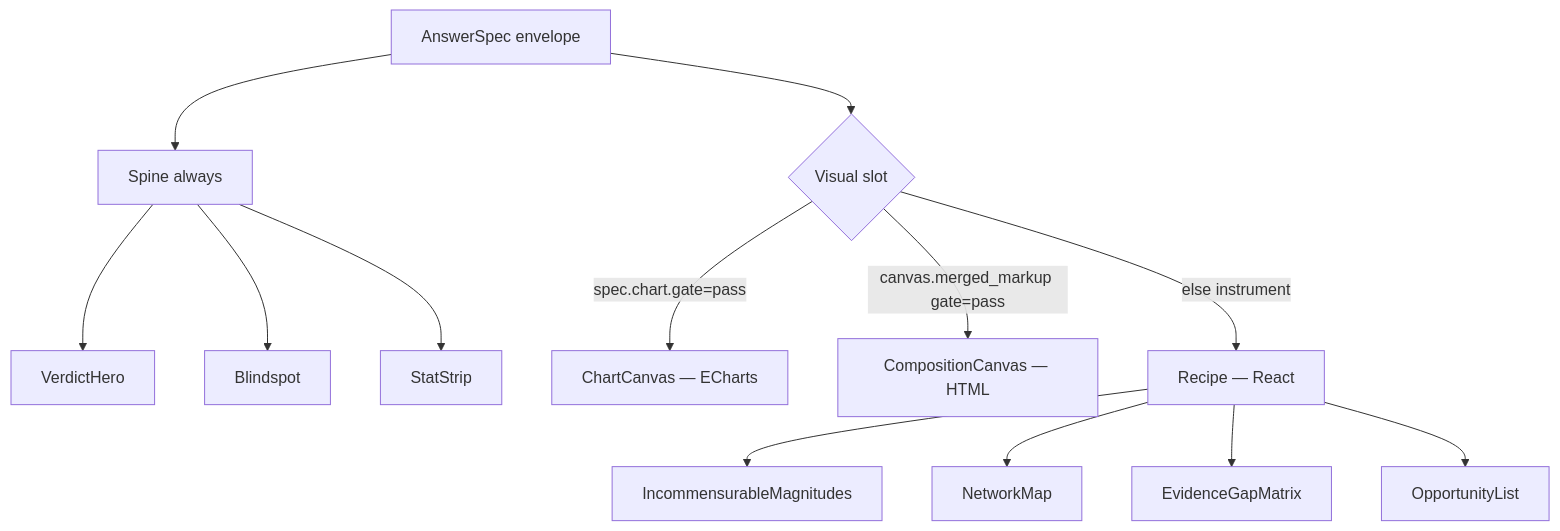
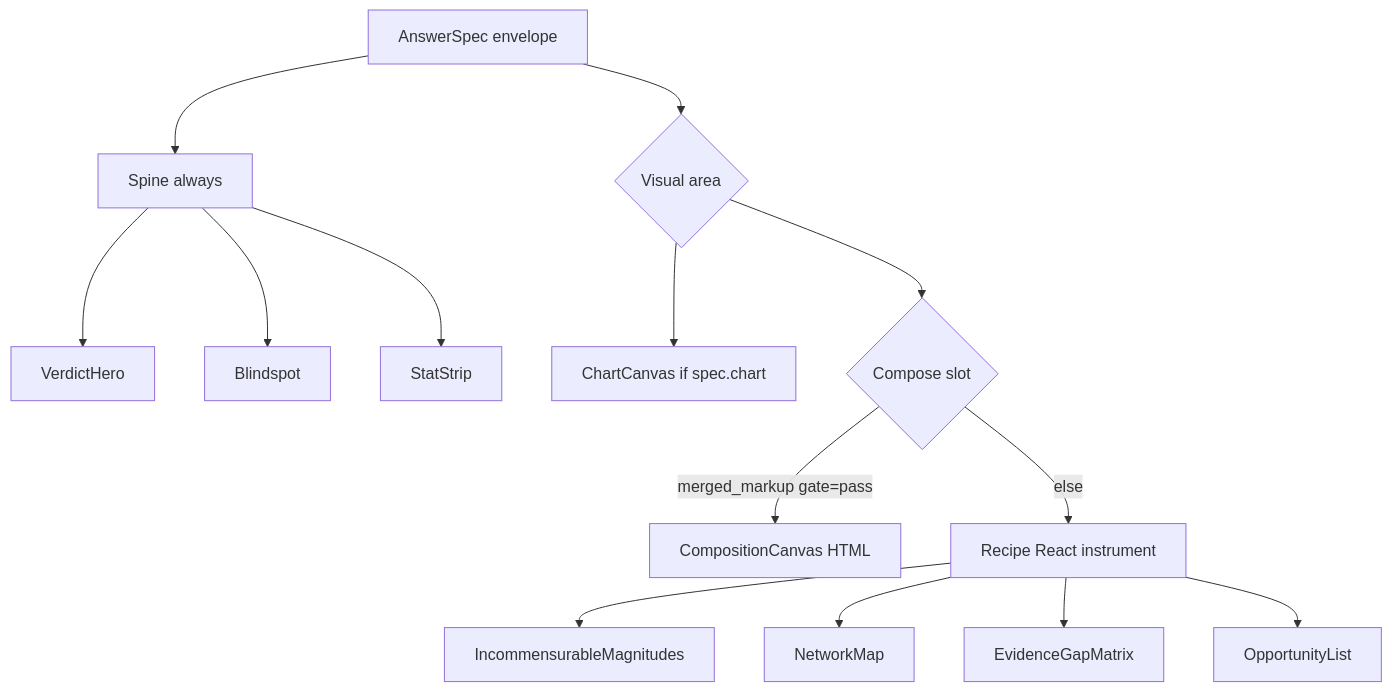
One commit to DayoOdunlami/Atlas-v0.5 changed the fourth of 5 diagrams in docs/ATLAS_V5_BLUEPRINT.md. Above: the diagram before and after it, drawn with Mermaid. The commit also changed other lines of this file and 9 other files, not shown here.

````diff
--- a/docs/ATLAS_V5_BLUEPRINT.md
+++ b/docs/ATLAS_V5_BLUEPRINT.md
@@ -98,18 +317,19 @@
 ```mermaid
 flowchart TD
   Spec[AnswerSpec envelope]
   Spec --> Spine[Spine always]
   Spine --> V[VerdictHero]
   Spine --> B[Blindspot]
   Spine --> ST[StatStrip]
 
-  Spec --> Visual{Visual slot}
-  Visual -->|spec.chart.gate=pass| CH[ChartCanvas — ECharts]
-  Visual -->|canvas.merged_markup gate=pass| CO[CompositionCanvas — HTML]
-  Visual -->|else instrument| REC[Recipe — React]
+  Spec --> Visual{Visual area}
+  Visual --> CH[ChartCanvas if spec.chart]
+  Visual --> Fork{Compose slot}
+  Fork -->|merged_markup gate=pass| CO[CompositionCanvas HTML]
+  Fork -->|else| REC[Recipe React instrument]
 
   REC --> IM[IncommensurableMagnitudes]
   REC --> NM[NetworkMap]
   REC --> EG[EvidenceGapMatrix]
   REC --> OL[OpportunityList]
 ```
````
